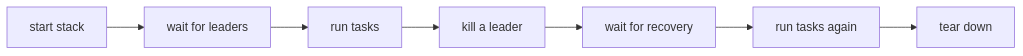
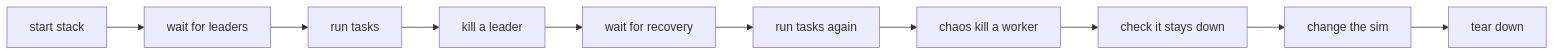
One commit to Aditya-Jyoti/swarm-communication changed the third of 3 diagrams in docs/architecture/running-the-swarm.md. Above: the diagram before and after it, drawn with Mermaid. The commit also changed other lines of this file, not shown here.

Commit message:
docs(architecture): sim settings, killed drones and new e2e steps in running the swarm

````diff
--- a/docs/architecture/running-the-swarm.md
+++ b/docs/architecture/running-the-swarm.md
@@ -159,9 +228,12 @@
 ```mermaid
 flowchart LR
     A[start stack] --> B[wait for leaders]
     B --> C[run tasks]
     C --> D[kill a leader]
     D --> E[wait for recovery]
     E --> F[run tasks again]
-    F --> G[tear down]
+    F --> G[chaos kill a worker]
+    G --> H[check it stays down]
+    H --> I[change the sim]
+    I --> J[tear down]
 ```
````
